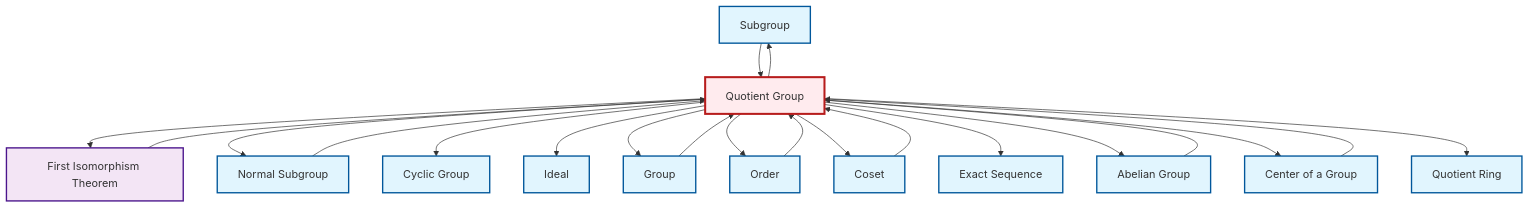
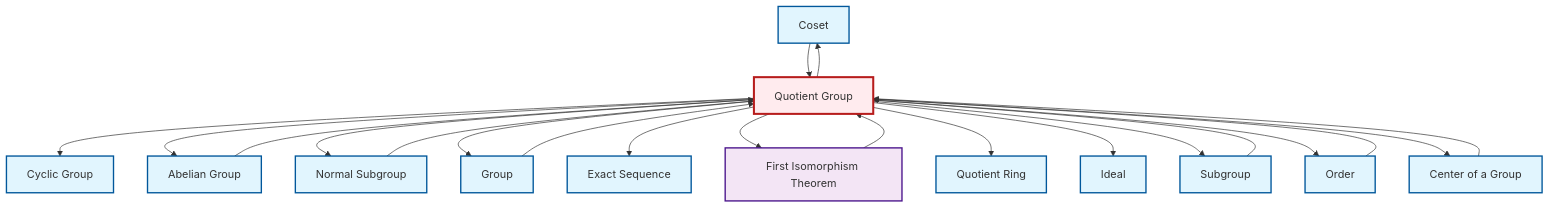
The diagram in output/mermaid/en/def-quotient-group.mermaid (RK0429/ModernMath), drawn with Mermaid before and after one commit. The commit also changed other lines of this file and 1717 other files, not shown here.

```diff
--- a/output/mermaid/en/def-quotient-group.mermaid
+++ b/output/mermaid/en/def-quotient-group.mermaid
@@ -1,40 +1,40 @@
 graph TD
     classDef definition fill:#e1f5fe,stroke:#01579b,stroke-width:2px
     classDef theorem fill:#f3e5f5,stroke:#4a148c,stroke-width:2px
     classDef axiom fill:#fff3e0,stroke:#e65100,stroke-width:2px
     classDef example fill:#e8f5e9,stroke:#1b5e20,stroke-width:2px
     classDef current fill:#ffebee,stroke:#b71c1c,stroke-width:3px
+    def-coset["Coset"]:::definition
+    def-normal-subgroup["Normal Subgroup"]:::definition
+    thm-first-isomorphism["First Isomorphism Theorem"]:::theorem
     def-subgroup["Subgroup"]:::definition
+    def-ideal["Ideal"]:::definition
+    def-center-of-group["Center of a Group"]:::definition
+    def-group["Group"]:::definition
+    def-abelian-group["Abelian Group"]:::definition
+    def-cyclic-group["Cyclic Group"]:::definition
+    def-exact-sequence["Exact Sequence"]:::definition
     def-quotient-ring["Quotient Ring"]:::definition
-    def-abelian-group["Abelian Group"]:::definition
-    def-ideal["Ideal"]:::definition
     def-order["Order"]:::definition
-    def-normal-subgroup["Normal Subgroup"]:::definition
-    def-coset["Coset"]:::definition
-    def-center-of-group["Center of a Group"]:::definition
-    thm-first-isomorphism["First Isomorphism Theorem"]:::theorem
-    def-cyclic-group["Cyclic Group"]:::definition
-    def-group["Group"]:::definition
-    def-exact-sequence["Exact Sequence"]:::definition
     def-quotient-group["Quotient Group"]:::definition
+    def-order --> def-quotient-group
+    def-quotient-group --> def-cyclic-group
+    def-subgroup --> def-quotient-group
+    def-quotient-group --> def-abelian-group
+    def-quotient-group --> def-normal-subgroup
+    def-quotient-group --> def-group
+    def-quotient-group --> def-exact-sequence
+    def-quotient-group --> thm-first-isomorphism
+    def-quotient-group --> def-quotient-ring
+    def-quotient-group --> def-coset
+    def-center-of-group --> def-quotient-group
+    def-normal-subgroup --> def-quotient-group
+    def-abelian-group --> def-quotient-group
+    def-quotient-group --> def-ideal
     thm-first-isomorphism --> def-quotient-group
-    def-normal-subgroup --> def-quotient-group
-    def-quotient-group --> thm-first-isomorphism
-    def-subgroup --> def-quotient-group
-    def-quotient-group --> def-normal-subgroup
+    def-quotient-group --> def-subgroup
+    def-quotient-group --> def-order
+    def-group --> def-quotient-group
     def-coset --> def-quotient-group
-    def-quotient-group --> def-cyclic-group
-    def-quotient-group --> def-ideal
-    def-order --> def-quotient-group
-    def-center-of-group --> def-quotient-group
-    def-quotient-group --> def-group
-    def-quotient-group --> def-order
-    def-quotient-group --> def-coset
-    def-group --> def-quotient-group
-    def-quotient-group --> def-exact-sequence
-    def-quotient-group --> def-abelian-group
-    def-quotient-group --> def-subgroup
     def-quotient-group --> def-center-of-group
-    def-abelian-group --> def-quotient-group
-    def-quotient-group --> def-quotient-ring
     class def-quotient-group current
```
